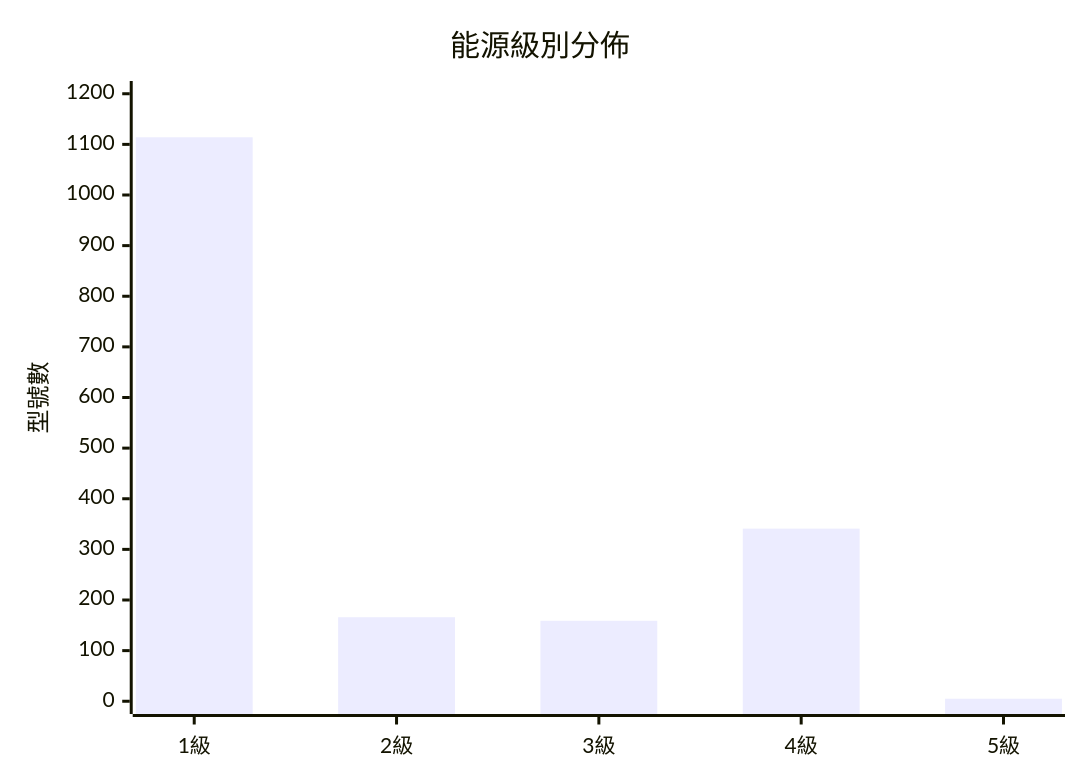
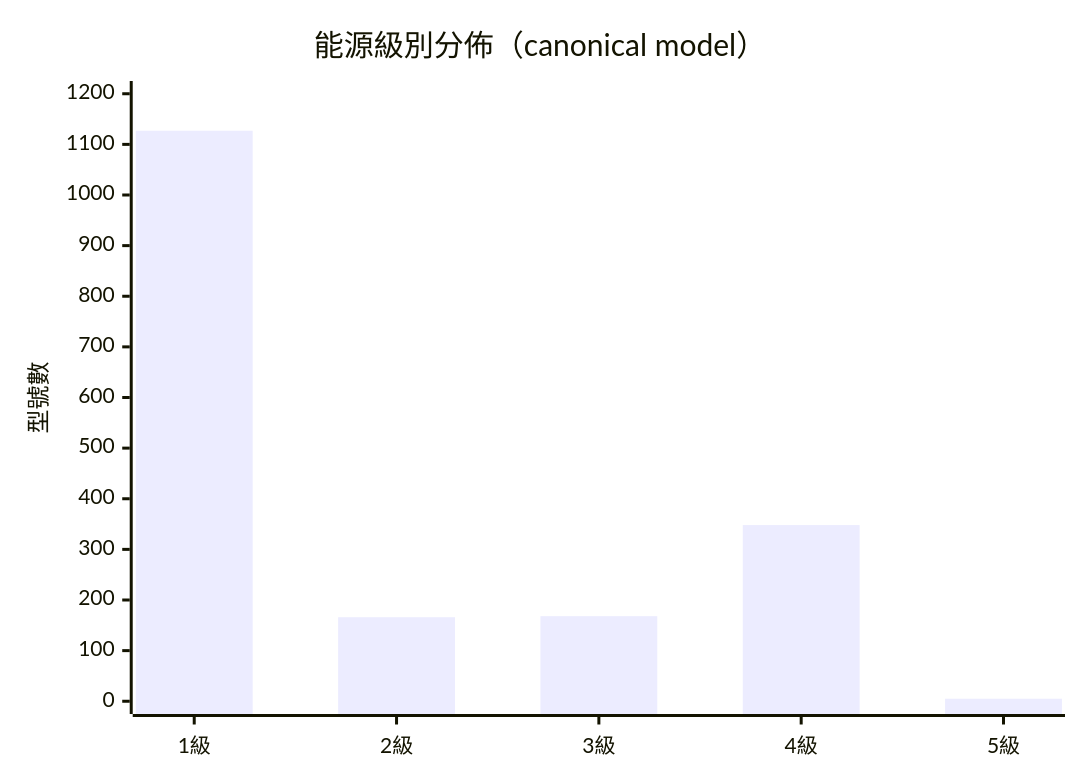
Before and after one commit to CalvinLau1012/aircon-compare: the third of 7 diagrams in README.md, drawn with Mermaid. The commit also changed other lines of this file and 11 other files, not shown here.

````diff
--- a/README.md
+++ b/README.md
@@ -65,7 +65,7 @@
 ```mermaid
 xychart-beta
-    title "能源級別分佈"
+    title "能源級別分佈（canonical model）"
     x-axis ["1級", "2級", "3級", "4級", "5級"]
     y-axis "型號數" 0 --> 1200
-    bar [1114, 166, 159, 341, 5]
+    bar [1127, 166, 168, 348, 5]
 ```
````
